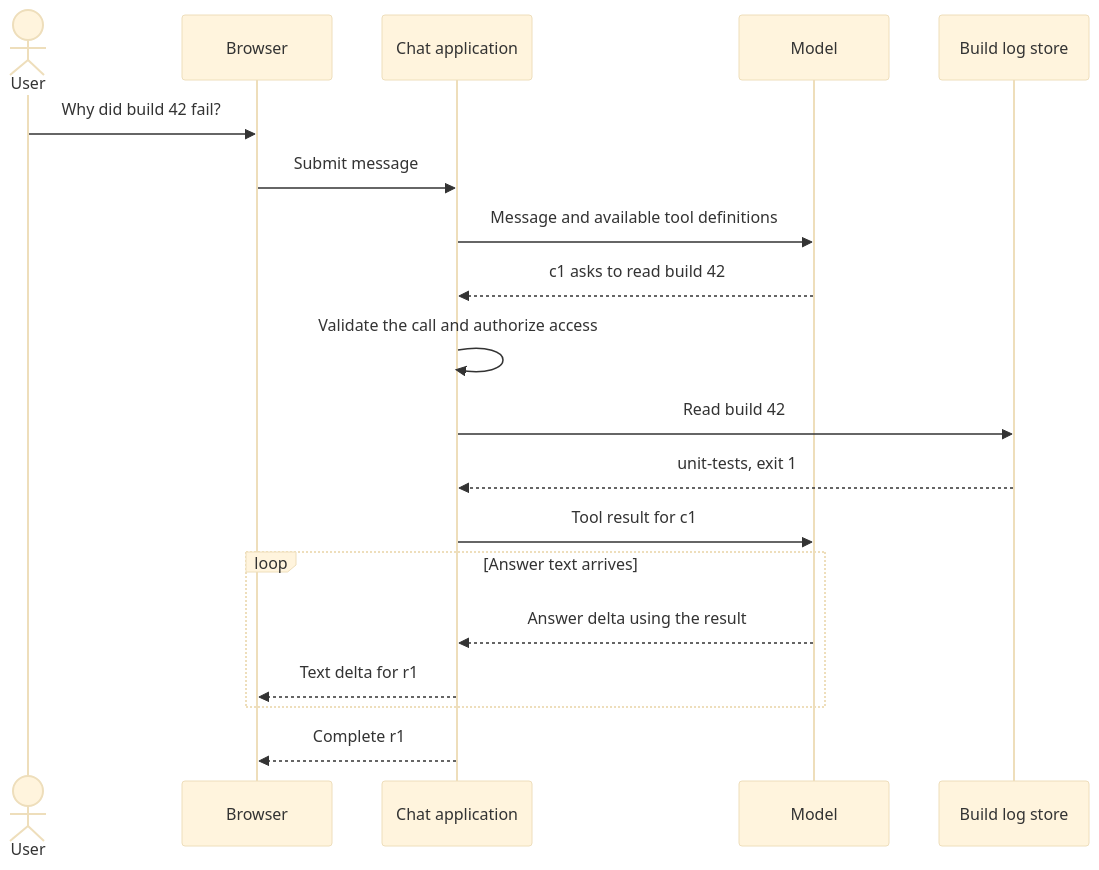
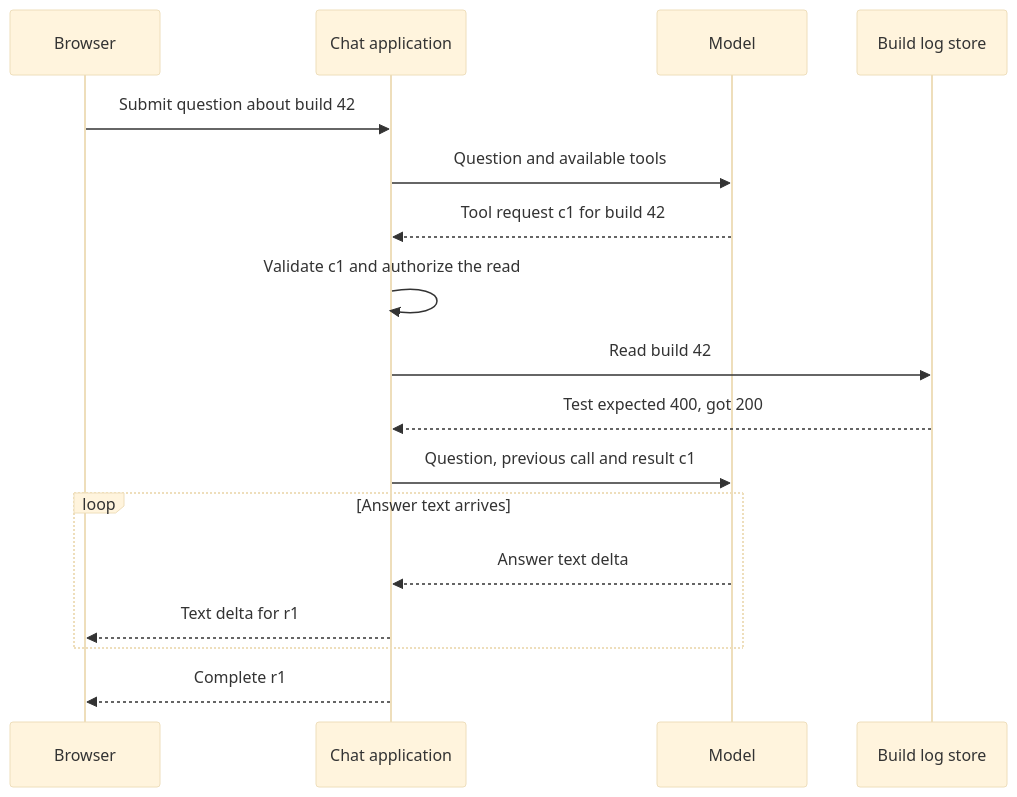
Before and after one commit to Negronii/MyNotes: the first of 6 diagrams in review/generated/ai-engineering.md, drawn with Mermaid (base theme). The commit also changed other lines of this file and 4 other files, not shown here.

```diff
--- a/review/generated/ai-engineering.md
+++ b/review/generated/ai-engineering.md
@@ -15,21 +54,19 @@
 ~~~mermaid
 sequenceDiagram
-    actor User
     participant Browser
     participant App as Chat application
     participant Model
     participant Logs as Build log store
-    User->>Browser: Why did build 42 fail?
-    Browser->>App: Submit message
-    App->>Model: Message and available tool definitions
-    Model-->>App: c1 asks to read build 42
-    App->>App: Validate the call and authorize access
+    Browser->>App: Submit question about build 42
+    App->>Model: Question and available tools
+    Model-->>App: Tool request c1 for build 42
+    App->>App: Validate c1 and authorize the read
     App->>Logs: Read build 42
-    Logs-->>App: unit-tests, exit 1
-    App->>Model: Tool result for c1
+    Logs-->>App: Test expected 400, got 200
+    App->>Model: Question, previous call and result c1
     loop Answer text arrives
-        Model-->>App: Answer delta using the result
+        Model-->>App: Answer text delta
         App-->>Browser: Text delta for r1
     end
     App-->>Browser: Complete r1
 ~~~
```
